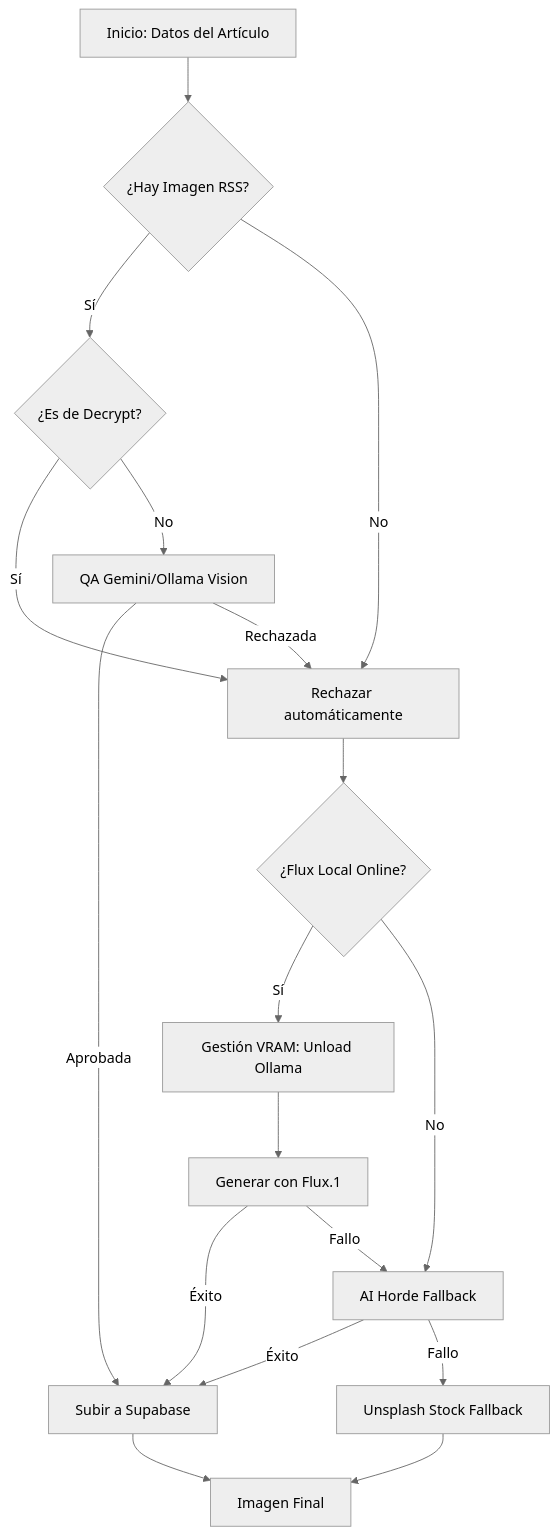
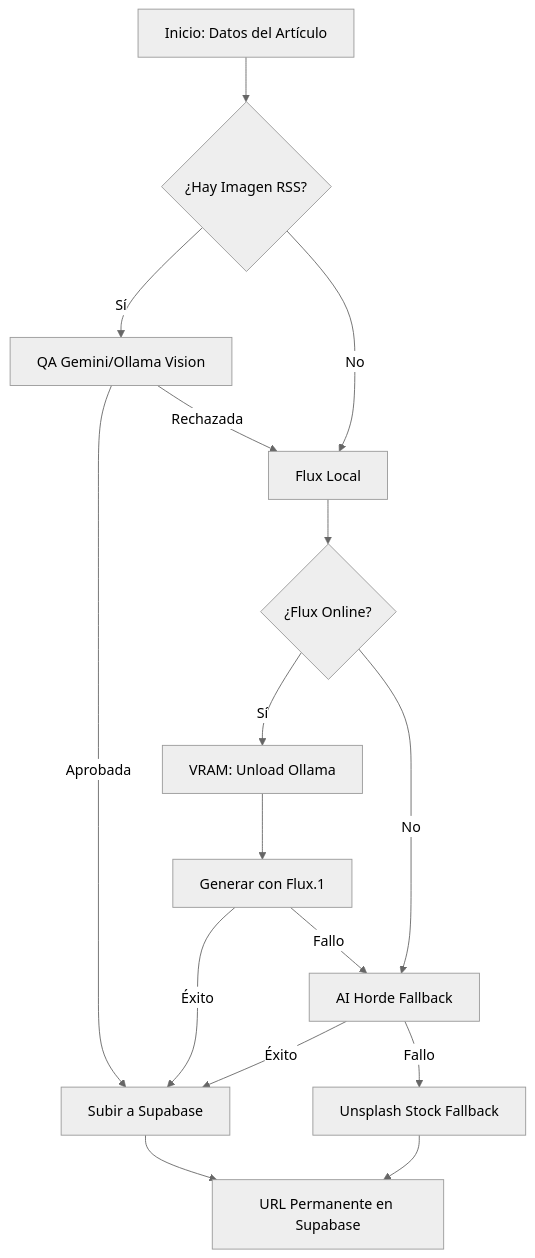
Before and after one commit to CarlosEmerito/EmeDotEme: the diagram in docs/04 - Flujos de Trabajo.md, drawn with Mermaid (neutral theme). The commit also changed other lines of this file and 21 other files, not shown here.

````diff
--- a/docs/04 - Flujos de Trabajo.md
+++ b/docs/04 - Flujos de Trabajo.md
@@ -169,20 +90,18 @@
 ```mermaid
 graph TD
     A[Inicio: Datos del Artículo] --> B{¿Hay Imagen RSS?}
-    B -- Sí --> C{¿Es de Decrypt?}
-    C -- Sí --> D[Rechazar automáticamente]
-    C -- No --> E[QA Gemini/Ollama Vision]
+    B -- Sí --> E[QA Gemini/Ollama Vision]
     B -- No --> D
     E -- Aprobada --> F[Subir a Supabase]
-    E -- Rechazada --> D
-    D --> G{¿Flux Local Online?}
-    G -- Sí --> H[Gestión VRAM: Unload Ollama]
+    E -- Rechazada --> D[Flux Local]
+    D --> G{¿Flux Online?}
+    G -- Sí --> H[VRAM: Unload Ollama]
     H --> I[Generar con Flux.1]
     G -- No --> J[AI Horde Fallback]
     I -- Éxito --> F
     I -- Fallo --> J
     J -- Éxito --> F
     J -- Fallo --> K[Unsplash Stock Fallback]
     K --> L[Imagen Final]
-    F --> L
+    F --> L[URL Permanente en Supabase]
 ```
````
